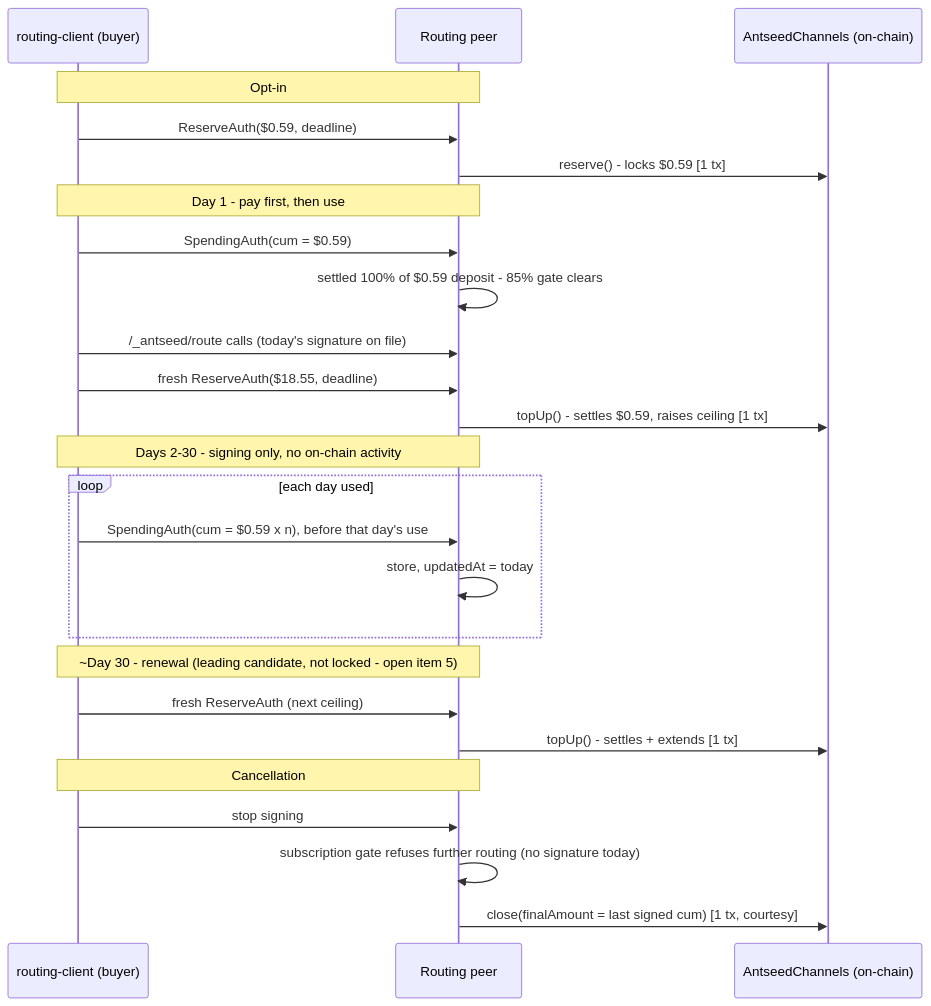
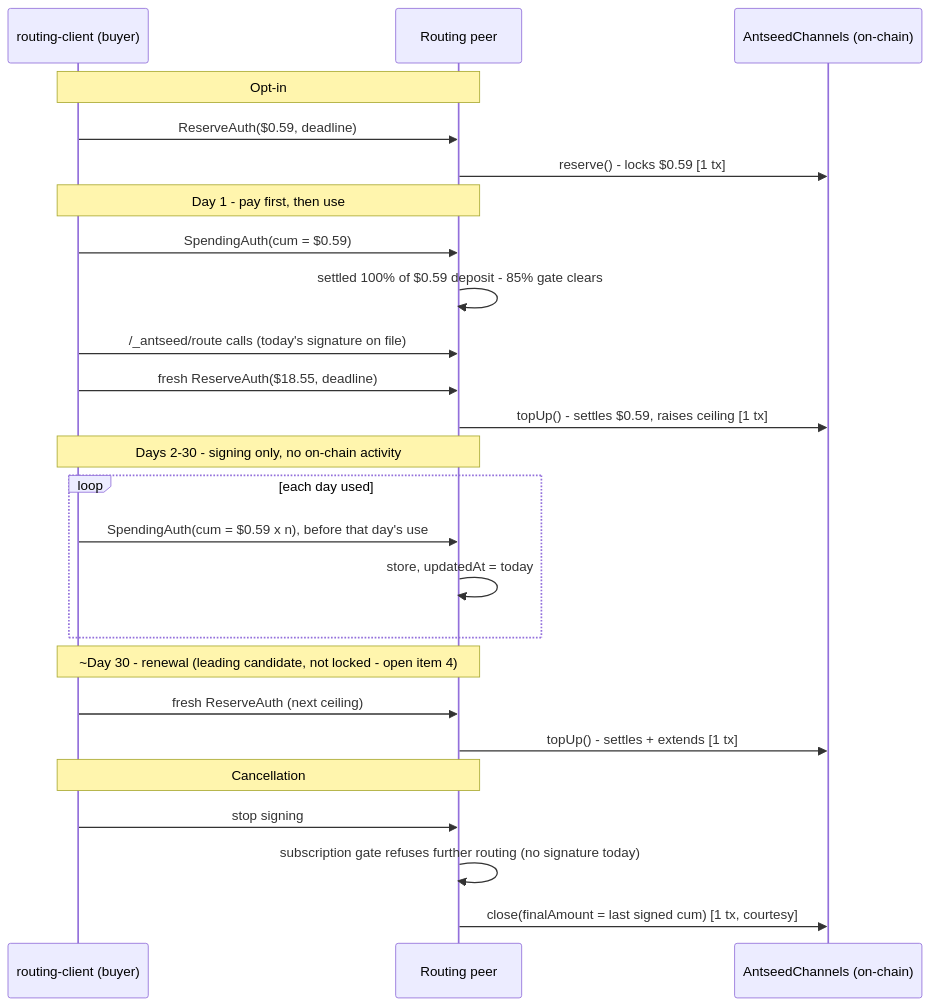
Before and after one commit to levantolabs/antseed-levanto-router: the second of 2 diagrams in docs/model-routing-software-architecture.md, drawn with Mermaid. The commit also changed other lines of this file and 1 other file, not shown here.

````diff
--- a/docs/model-routing-software-architecture.md
+++ b/docs/model-routing-software-architecture.md
@@ -408,32 +408,32 @@
 ```mermaid
 sequenceDiagram
     participant Client as routing-client (buyer)
     participant RP as Routing peer
     participant Chain as AntseedChannels (on-chain)
 
     Note over Client,RP: Opt-in
     Client->>RP: ReserveAuth($0.59, deadline)
     RP->>Chain: reserve() - locks $0.59 [1 tx]
 
     Note over Client,RP: Day 1 - pay first, then use
     Client->>RP: SpendingAuth(cum = $0.59)
     RP->>RP: settled 100% of $0.59 deposit - 85% gate clears
     Client->>RP: /_antseed/route calls (today's signature on file)
     Client->>RP: fresh ReserveAuth($18.55, deadline)
     RP->>Chain: topUp() - settles $0.59, raises ceiling [1 tx]
 
     Note over Client,RP: Days 2-30 - signing only, no on-chain activity
     loop each day used
         Client->>RP: SpendingAuth(cum = $0.59 x n), before that day's use
         RP->>RP: store, updatedAt = today
     end
 
-    Note over Client,RP: ~Day 30 - renewal (leading candidate, not locked - open item 5)
+    Note over Client,RP: ~Day 30 - renewal (leading candidate, not locked - open item 4)
     Client->>RP: fresh ReserveAuth (next ceiling)
     RP->>Chain: topUp() - settles + extends [1 tx]
 
     Note over Client,RP: Cancellation
     Client->>RP: stop signing
     RP->>RP: subscription gate refuses further routing (no signature today)
     RP->>Chain: close(finalAmount = last signed cum) [1 tx, courtesy]
 ```
````
